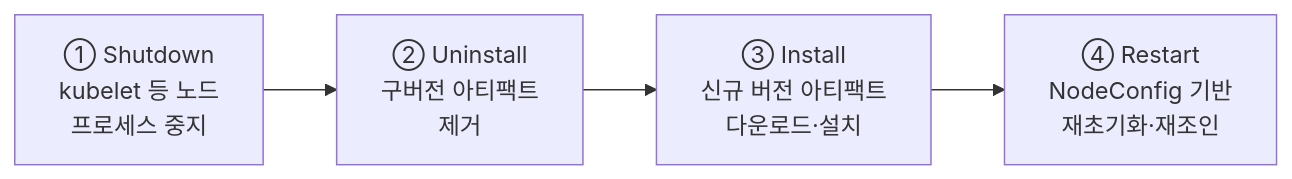
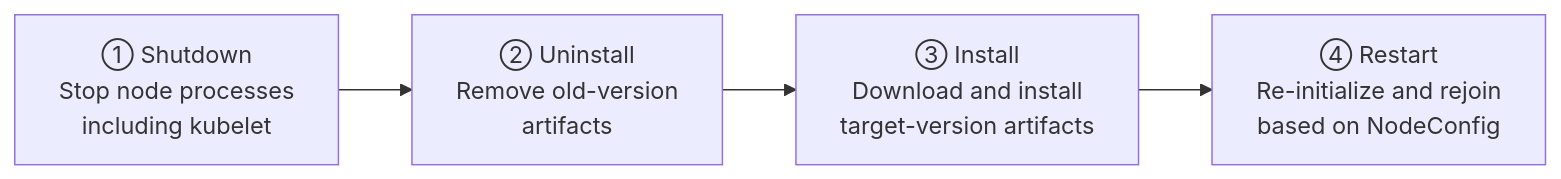
One commit to devfloor9/engineering-playbook changed the diagram in docs/eks-hybrid-nodes/operations-cost/upgrade-lifecycle.md. Above: the diagram before and after it, drawn with Mermaid. The commit also changed other lines of this file and 954 other files, not shown here.

````diff
--- a/docs/eks-hybrid-nodes/operations-cost/upgrade-lifecycle.md
+++ b/docs/eks-hybrid-nodes/operations-cost/upgrade-lifecycle.md
@@ -41,6 +41,6 @@
 ```mermaid
 flowchart LR
-    A["① Shutdown<br/>kubelet 등 노드<br/>프로세스 중지"] --> B["② Uninstall<br/>구버전 아티팩트<br/>제거"]
-    B --> C["③ Install<br/>신규 버전 아티팩트<br/>다운로드·설치"]
-    C --> D["④ Restart<br/>NodeConfig 기반<br/>재초기화·재조인"]
+    A["① Shutdown<br/>Stop node processes<br/>including kubelet"] --> B["② Uninstall<br/>Remove old-version<br/>artifacts"]
+    B --> C["③ Install<br/>Download and install<br/>target-version artifacts"]
+    C --> D["④ Restart<br/>Re-initialize and rejoin<br/>based on NodeConfig"]
 ```
````
